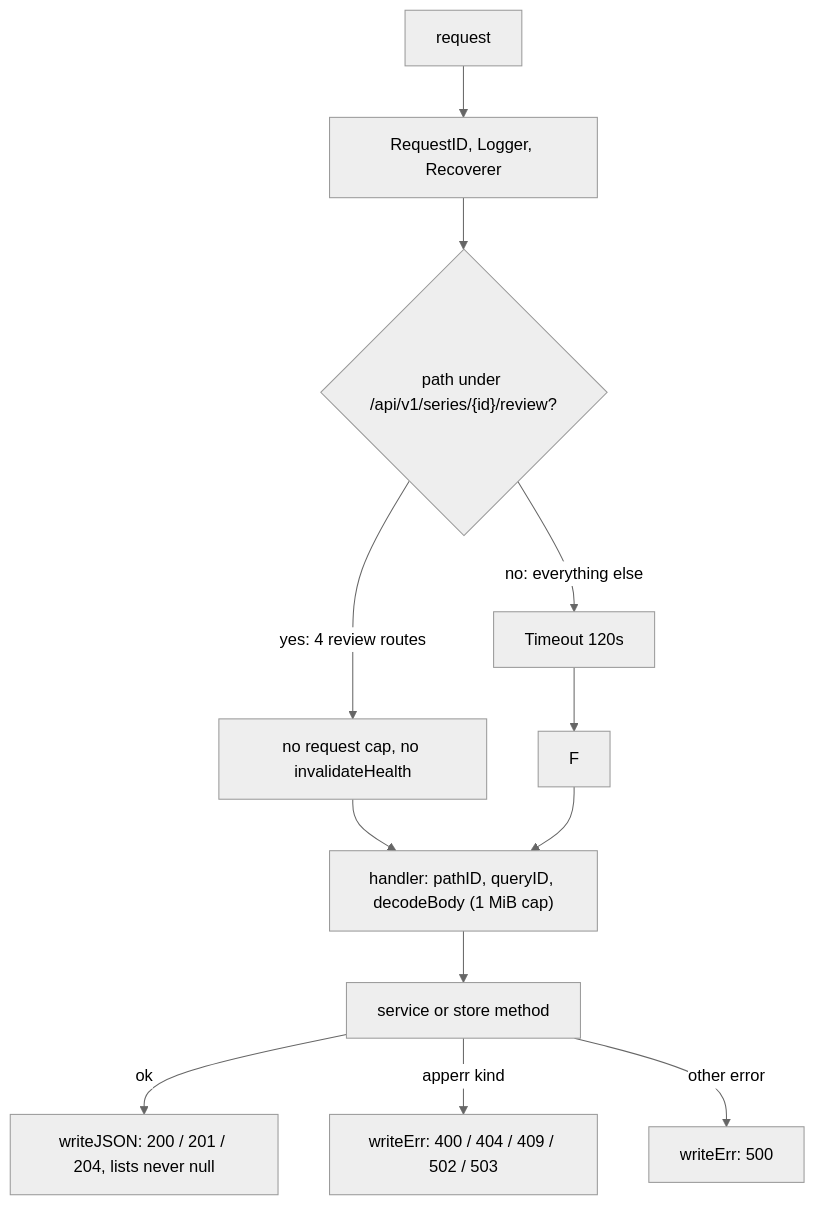
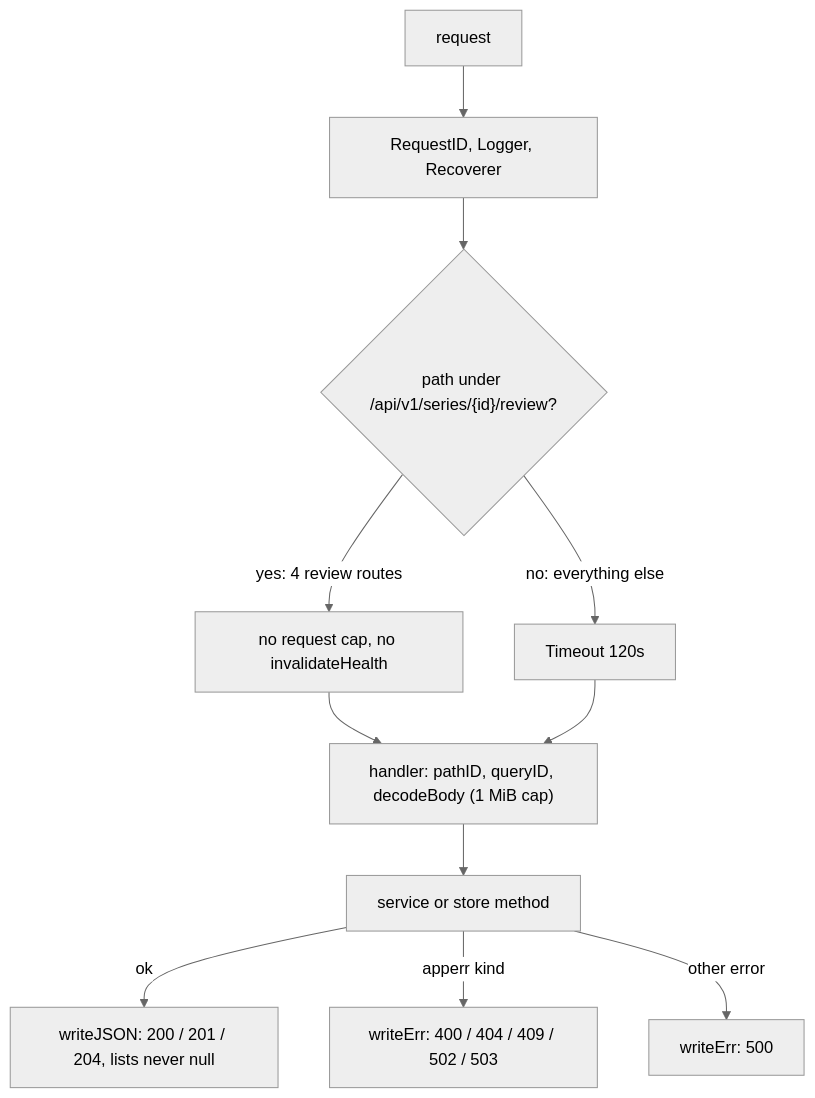
One commit to h-wb/sento changed the diagram in docs/api.md. Above: the diagram before and after it, drawn with Mermaid (neutral theme). The commit also changed other lines of this file and 13 other files, not shown here.

````diff
--- a/docs/api.md
+++ b/docs/api.md
@@ -80,14 +80,13 @@
 ```mermaid
 flowchart TD
     A["request"] --> B["RequestID, Logger, Recoverer"]
     B --> C{"path under /api/v1/series/{id}/review?"}
     C -->|"yes: 4 review routes"| D["no request cap, no invalidateHealth"]
     C -->|"no: everything else"| E["Timeout 120s"]
     D --> G["handler: pathID, queryID, decodeBody (1 MiB cap)"]
-    E --> F
-    F --> G["handler: pathID, queryID, decodeBody (1 MiB cap)"]
+    E --> G
     G --> H["service or store method"]
     H -->|ok| I["writeJSON: 200 / 201 / 204, lists never null"]
     H -->|apperr kind| J["writeErr: 400 / 404 / 409 / 502 / 503"]
     H -->|other error| K["writeErr: 500"]
 ```
````
